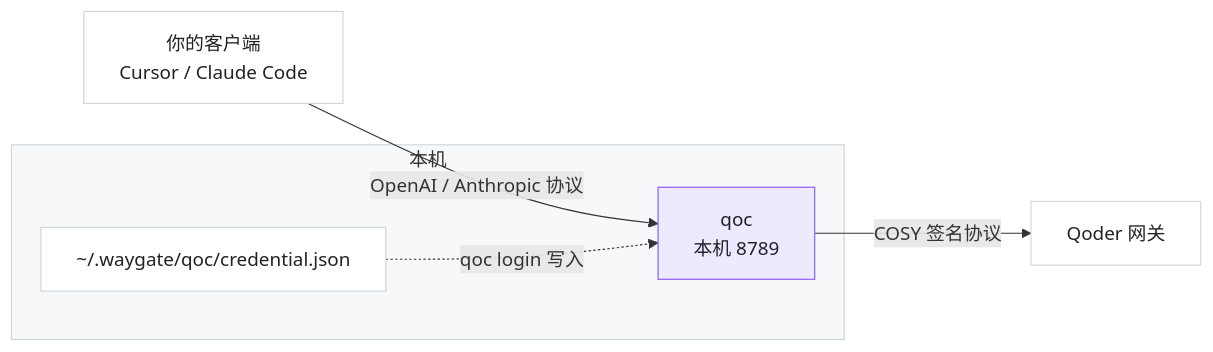
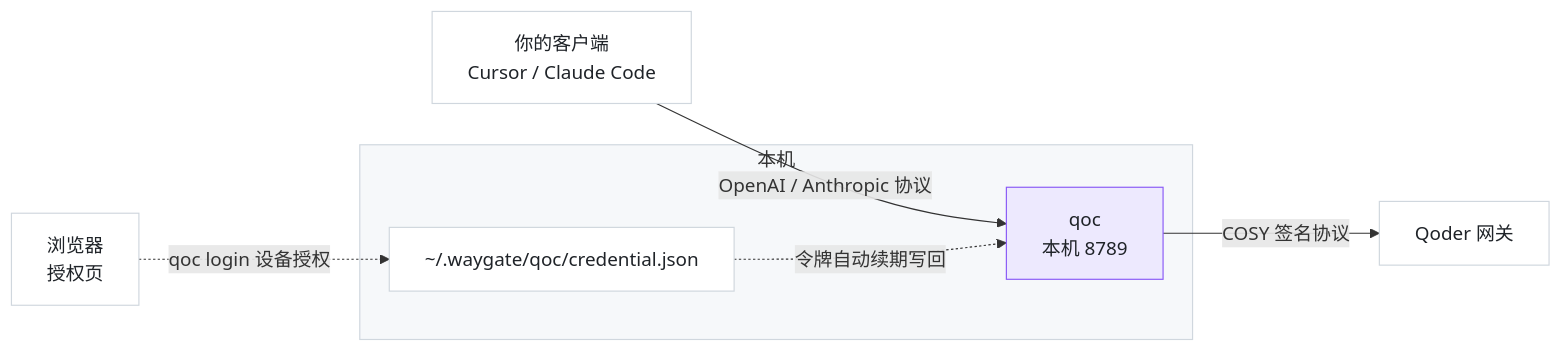
The diagram in README.md (zhanghaojie513/waygate-qoder), drawn with Mermaid before and after one commit. The commit also changed other lines of this file and 9 other files, not shown here.

````diff
--- a/README.md
+++ b/README.md
@@ -115,21 +139,24 @@
 ```mermaid
 flowchart LR
   C[你的客户端<br/>Cursor / Claude Code]
   Q[qoc<br/>本机 8789]
   G[Qoder 网关]
+  B[浏览器<br/>授权页]
 
   C -->|OpenAI / Anthropic 协议| Q
   Q -->|COSY 签名协议| G
 
   subgraph local [本机]
     Q
     F[~/.waygate/qoc/credential.json]
   end
-  F -.->|qoc login 写入| Q
+  B -.->|qoc login 设备授权| F
+  F -.->|令牌自动续期写回| Q
 
   style Q fill:#EDE9FE,stroke:#8B5CF6,color:#1F2328
   style F fill:#FFFFFF,stroke:#D0D7DE,color:#1F2328
   style C fill:#FFFFFF,stroke:#D0D7DE,color:#1F2328
   style G fill:#FFFFFF,stroke:#D0D7DE,color:#1F2328
+  style B fill:#FFFFFF,stroke:#D0D7DE,color:#1F2328
   style local fill:#F6F8FA,stroke:#D0D7DE
 ```
````
